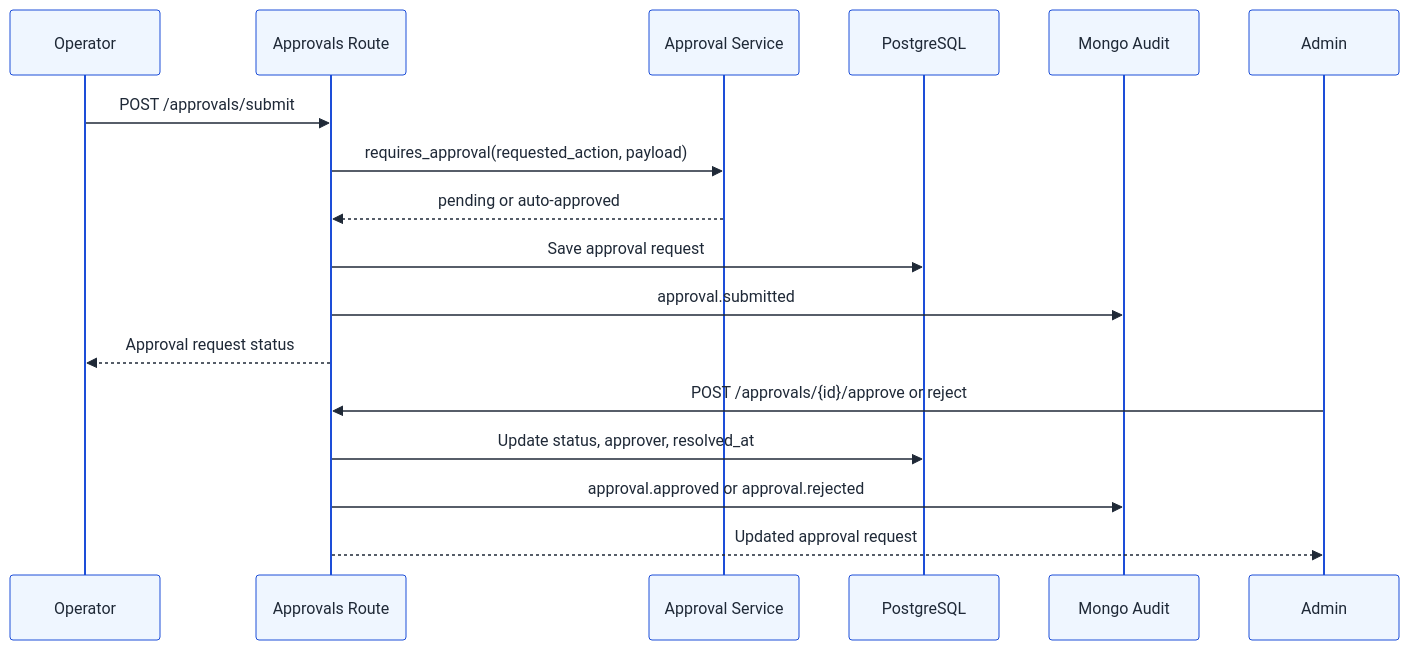
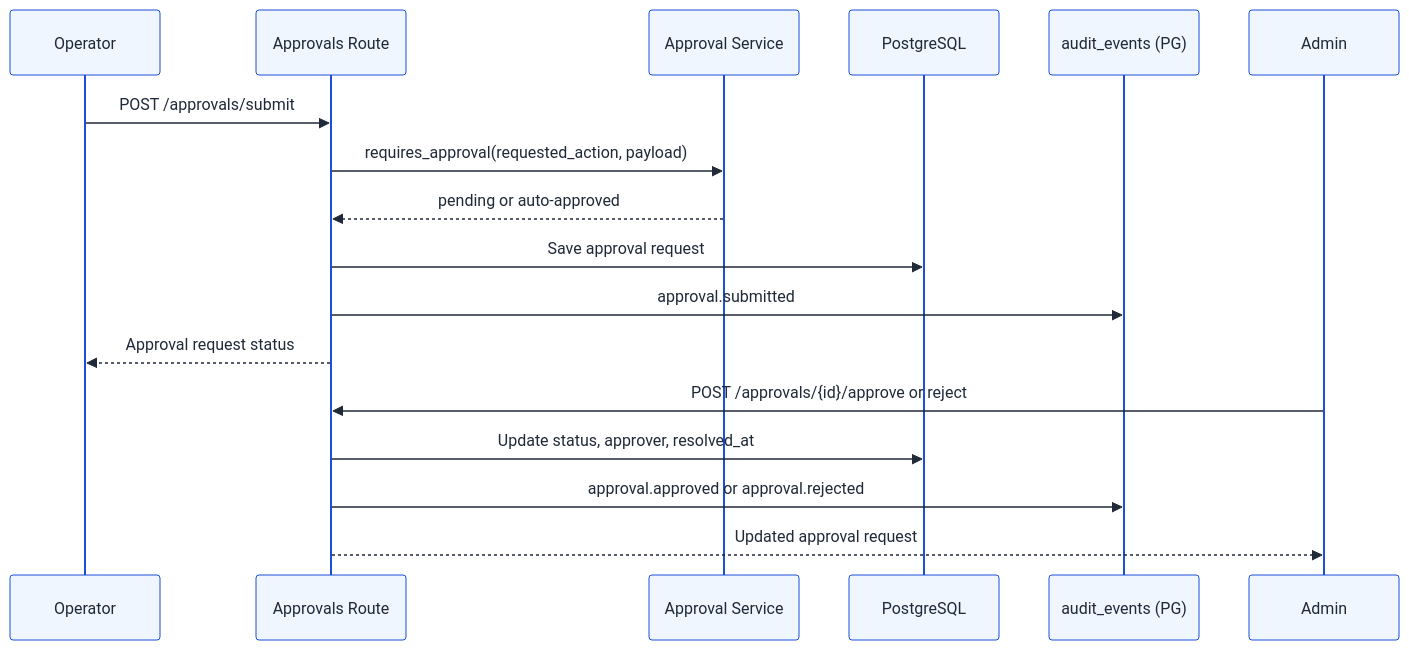
The fifth of 9 diagrams in docs/architecture/process-flows.md (karthikrchandran/SignalLoop), drawn with Mermaid before and after one commit. The commit also changed other lines of this file and 110 other files, not shown here.

````diff
--- a/docs/architecture/process-flows.md
+++ b/docs/architecture/process-flows.md
@@ -125,22 +125,22 @@
 ```mermaid
 %%{init: {"theme": "base", "themeVariables": {"primaryColor": "#EFF6FF", "primaryTextColor": "#1F2937", "primaryBorderColor": "#1D4ED8", "lineColor": "#334155", "secondaryColor": "#F3F4F6", "secondaryTextColor": "#1F2937", "tertiaryColor": "#DBEAFE", "tertiaryTextColor": "#1E3A8A", "background": "#F9FAFB", "clusterBkg": "#FFFFFF", "clusterBorder": "#BFDBFE", "fontFamily": "Inter, Segoe UI, sans-serif"}}}%%
 sequenceDiagram
     participant Operator
     participant API as Approvals Route
     participant Rules as Approval Service
     participant PG as PostgreSQL
-    participant Mongo as Mongo Audit
+    participant Audit as audit_events (PG)
     participant Admin
 
     Operator->>API: POST /approvals/submit
     API->>Rules: requires_approval(requested_action, payload)
     Rules-->>API: pending or auto-approved
     API->>PG: Save approval request
-    API->>Mongo: approval.submitted
+    API->>Audit: approval.submitted
     API-->>Operator: Approval request status
 
     Admin->>API: POST /approvals/{id}/approve or reject
     API->>PG: Update status, approver, resolved_at
-    API->>Mongo: approval.approved or approval.rejected
+    API->>Audit: approval.approved or approval.rejected
     API-->>Admin: Updated approval request
 ```
````
